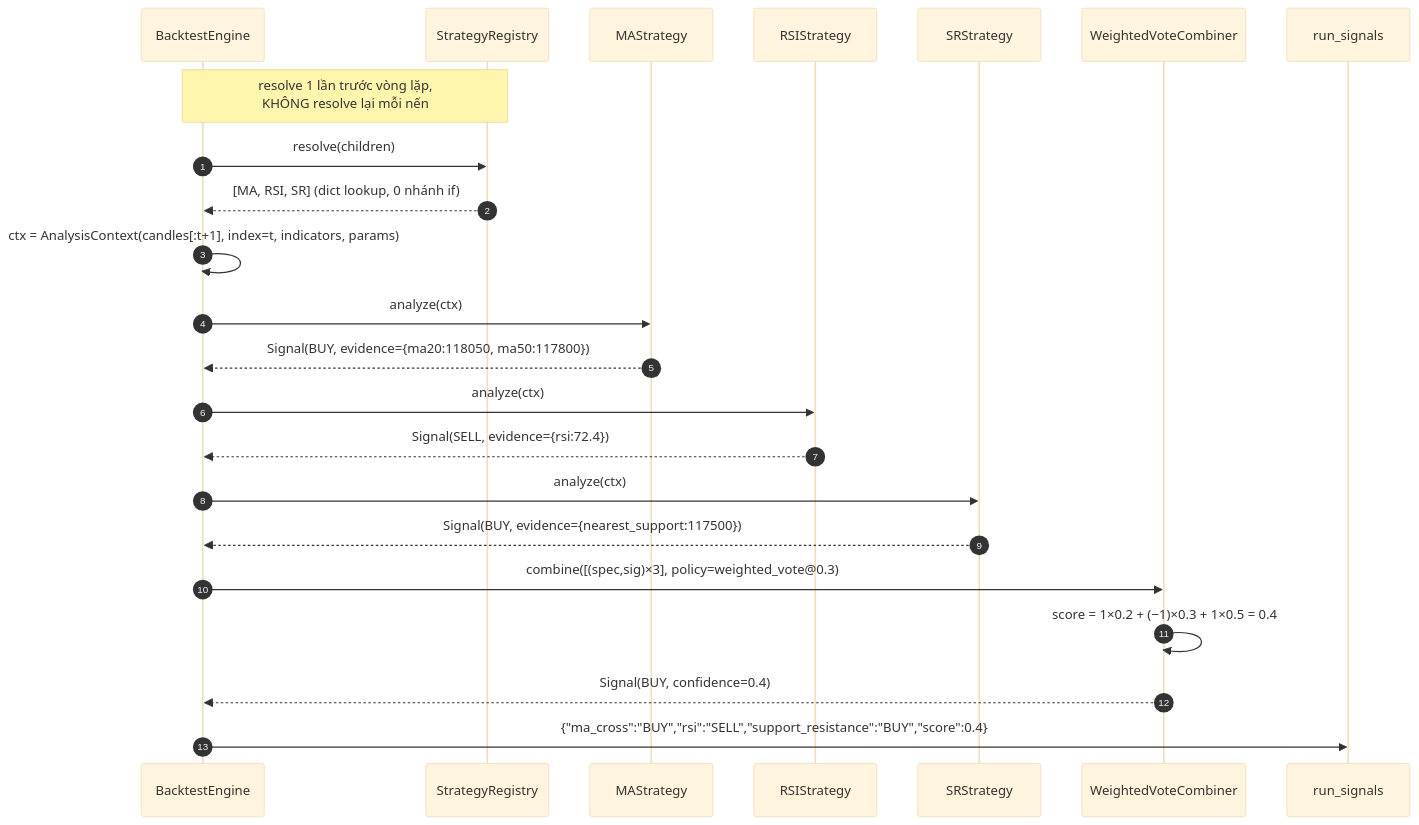
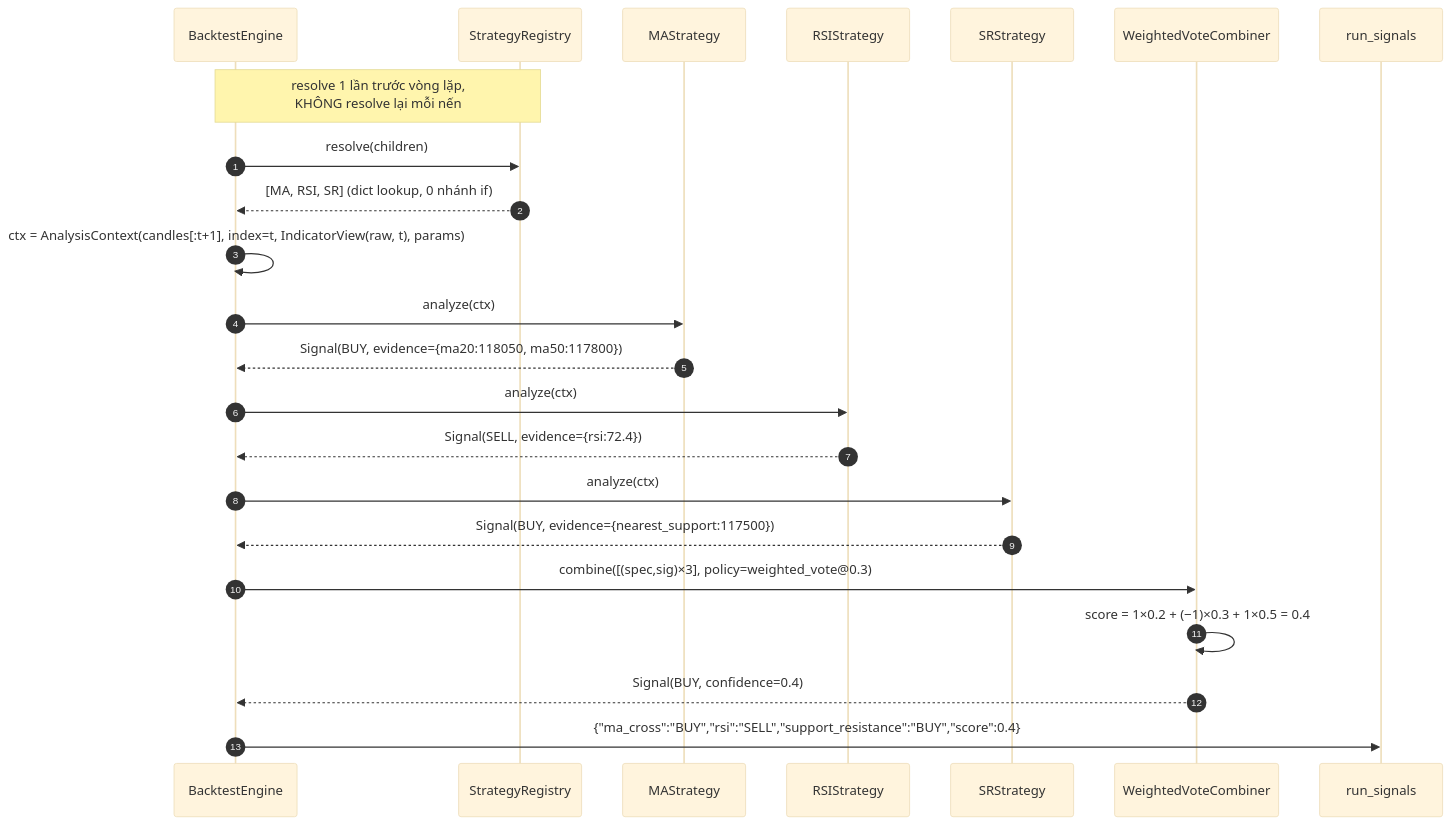
Before and after one commit to EnsoTech-Studio/CryptoBot: the diagram in blueprint/specs/composite-strategy.md, drawn with Mermaid (base theme). The commit also changed 30 other files, not shown here.

````diff
--- a/blueprint/specs/composite-strategy.md
+++ b/blueprint/specs/composite-strategy.md
@@ -103,28 +103,28 @@
 ```mermaid
 sequenceDiagram
     autonumber
     participant ENG as BacktestEngine
     participant REG as StrategyRegistry
     participant MA as MAStrategy
     participant RSI as RSIStrategy
     participant SR as SRStrategy
     participant CMB as WeightedVoteCombiner
     participant SIG as run_signals
 
     Note over ENG,REG: resolve 1 lần trước vòng lặp,<br/>KHÔNG resolve lại mỗi nến
     ENG->>REG: resolve(children)
     REG-->>ENG: [MA, RSI, SR] (dict lookup, 0 nhánh if)
 
-    ENG->>ENG: ctx = AnalysisContext(candles[:t+1], index=t, indicators, params)
+    ENG->>ENG: ctx = AnalysisContext(candles[:t+1], index=t, IndicatorView(raw, t), params)
     ENG->>MA: analyze(ctx)
     MA-->>ENG: Signal(BUY, evidence={ma20:118050, ma50:117800})
     ENG->>RSI: analyze(ctx)
     RSI-->>ENG: Signal(SELL, evidence={rsi:72.4})
     ENG->>SR: analyze(ctx)
     SR-->>ENG: Signal(BUY, evidence={nearest_support:117500})
 
     ENG->>CMB: combine([(spec,sig)×3], policy=weighted_vote@0.3)
     CMB->>CMB: score = 1×0.2 + (−1)×0.3 + 1×0.5 = 0.4
     CMB-->>ENG: Signal(BUY, confidence=0.4)
     ENG->>SIG: {"ma_cross":"BUY","rsi":"SELL","support_resistance":"BUY","score":0.4}
 ```
````
